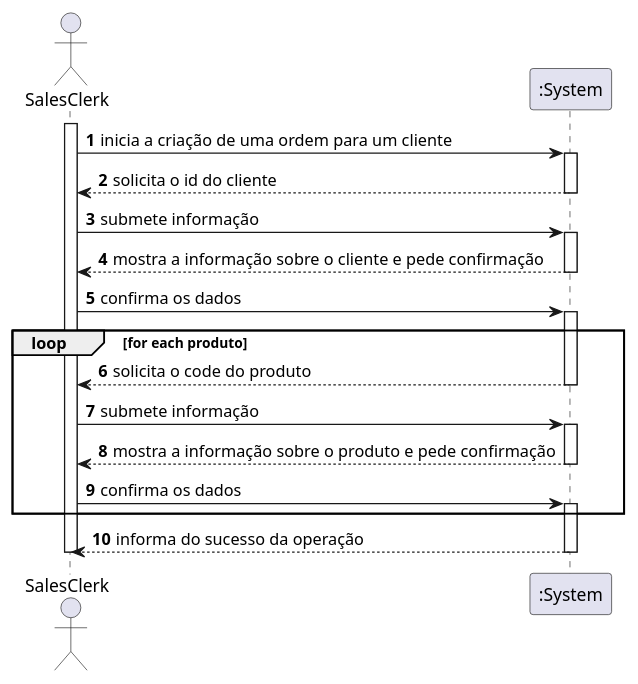
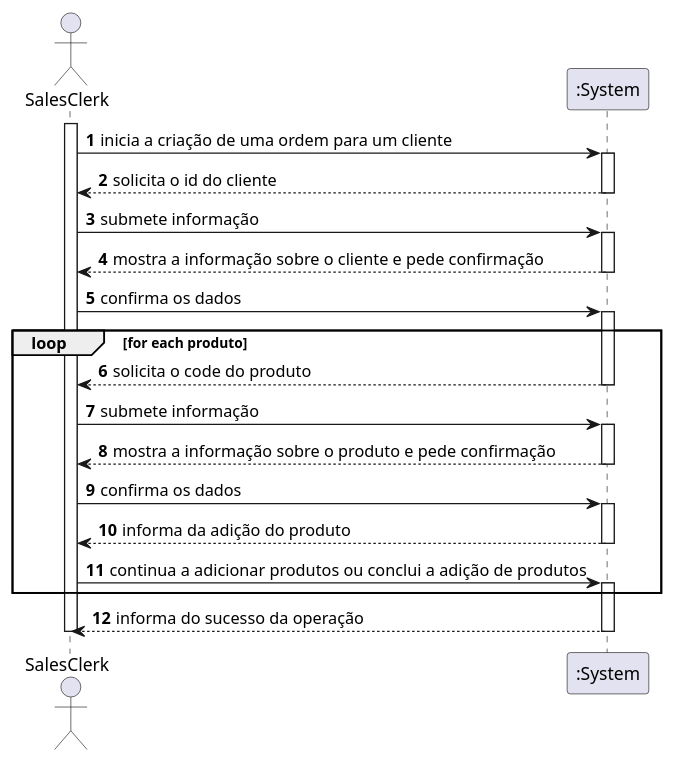
One commit to 1190772/LAB-Project-4 changed the diagram in Documentação/1190679/US1004/1004_SSD.puml. Above: the diagram before and after it, drawn with PlantUML. The commit also changed 6 other files, not shown here.

```diff
--- a/Documentação/1190679/US1004/1004_SSD.puml
+++ b/Documentação/1190679/US1004/1004_SSD.puml
@@ -1,33 +1,37 @@
 @startuml
 autonumber
 actor "SalesClerk" as SC
 
 activate SC
 SC -> ":System" : inicia a criação de uma ordem para um cliente
 activate ":System"
 ":System" --> SC : solicita o id do cliente
 deactivate ":System"
 SC -> ":System" : submete informação
 activate ":System"
 ":System" --> SC : mostra a informação sobre o cliente e pede confirmação
 deactivate ":System"
 SC -> ":System" : confirma os dados
 activate ":System"
 
 loop for each produto
 ":System" --> SC : solicita o code do produto
 deactivate ":System"
 SC -> ":System" : submete informação
 activate ":System"
 ":System" --> SC : mostra a informação sobre o produto e pede confirmação
 deactivate ":System"
 SC -> ":System" : confirma os dados
 activate ":System"
+":System" --> SC : informa da adição do produto
+deactivate ":System"
+SC -> ":System" : continua a adicionar produtos ou conclui a adição de produtos
+activate ":System"
 end
 
 ":System" --> SC : informa do sucesso da operação
 deactivate ":System"
 
 deactivate SC
 
 @enduml
```
